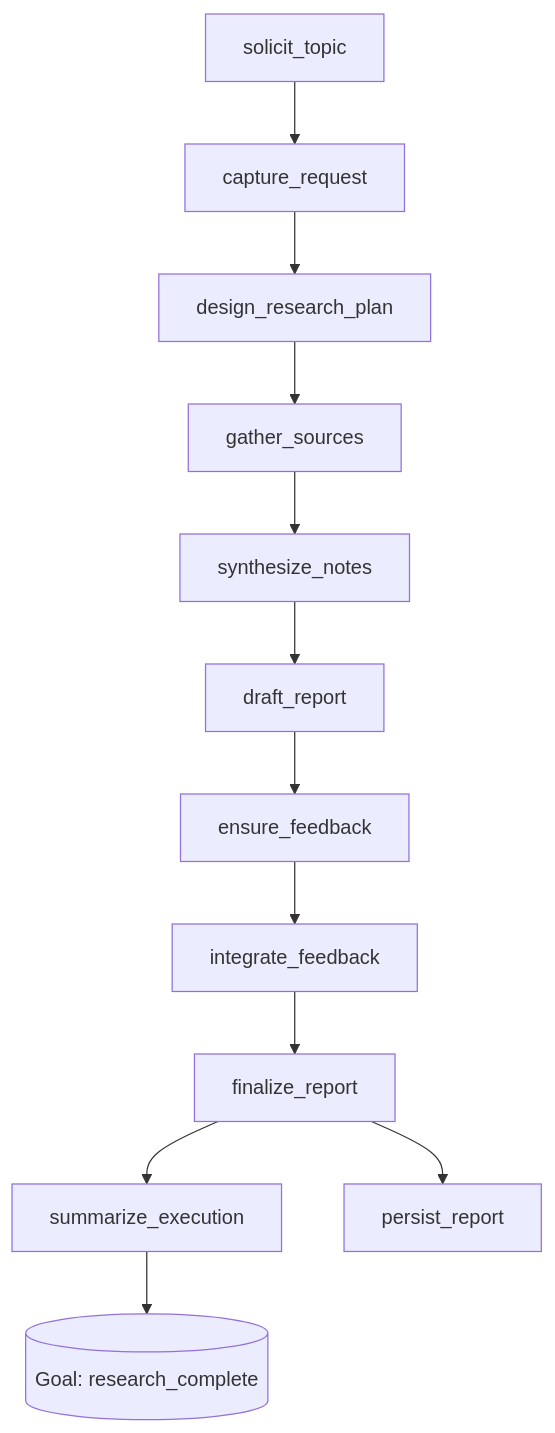
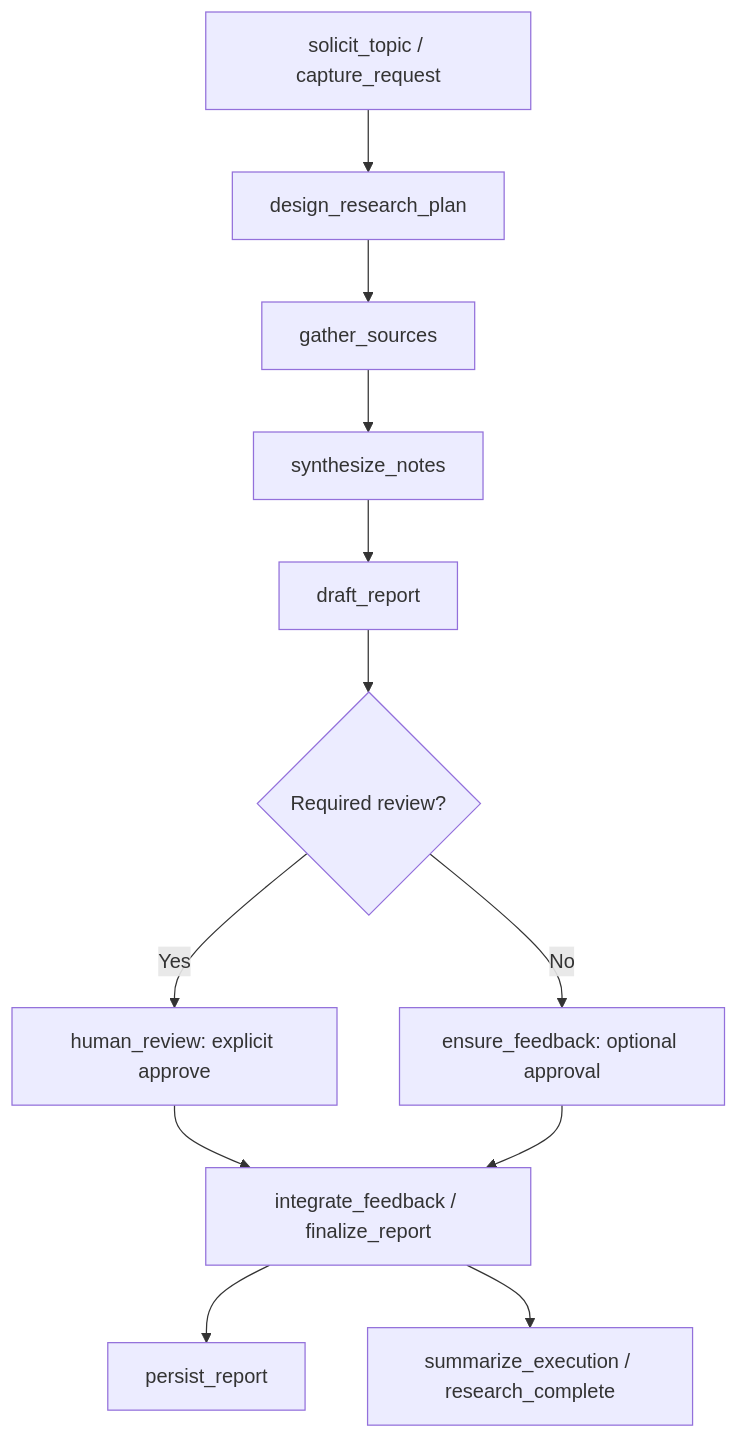
The diagram in agents/deep_research/ARCHITECTURE.md (skishore23/ranger), drawn with Mermaid before and after one commit. The commit also changed other lines of this file and 11 other files, not shown here.

````diff
--- a/agents/deep_research/ARCHITECTURE.md
+++ b/agents/deep_research/ARCHITECTURE.md
@@ -14,14 +7,14 @@
 ```mermaid
-graph TD
-    H[solicit_topic] --> C[capture_request]
-    C --> P[design_research_plan]
-    P --> Q[gather_sources]
-    Q --> N[synthesize_notes]
-    N --> D[draft_report]
-    D --> F[ensure_feedback]
-    F --> I[integrate_feedback]
-    I --> R[finalize_report]
-    R --> S[summarize_execution]
-    R --> W[persist_report]
-    S --> G[(Goal: research_complete)]
+flowchart TD
+  Topic[solicit_topic / capture_request] --> Plan[design_research_plan]
+  Plan --> Sources[gather_sources]
+  Sources --> Notes[synthesize_notes]
+  Notes --> Draft[draft_report]
+  Draft --> Review{Required review?}
+  Review -- Yes --> Human[human_review: explicit approve]
+  Review -- No --> Optional[ensure_feedback: optional approval]
+  Human --> Final[integrate_feedback / finalize_report]
+  Optional --> Final
+  Final --> Persist[persist_report]
+  Final --> Summary[summarize_execution / research_complete]
 ```
````
